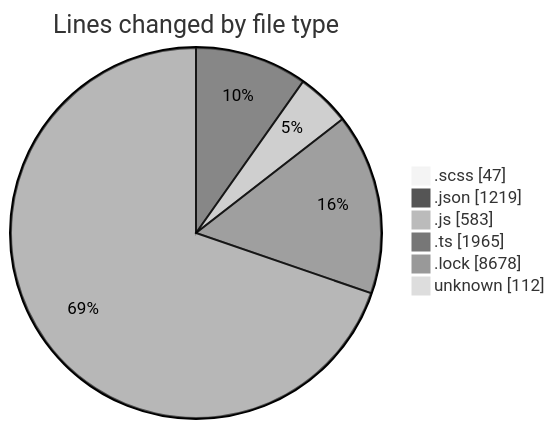
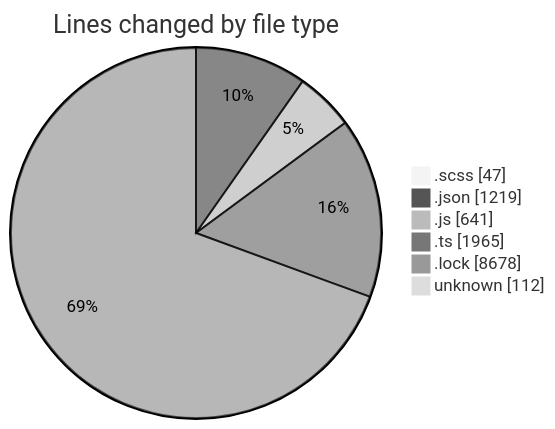
The first of 2 diagrams in 2026-04-21/cda/README.md (momahboobian/code-tracking), drawn with Mermaid (neutral theme) before and after one commit. The commit also changed other lines of this file and 1 other file, not shown here.

````diff
--- a/2026-04-21/cda/README.md
+++ b/2026-04-21/cda/README.md
@@ -44,10 +45,10 @@
 ```mermaid
 pie showData
 title Lines changed by file type
 ".scss" : 47
 ".json" : 1219
-".js" : 583
+".js" : 641
 ".ts" : 1965
 ".lock" : 8678
 "unknown" : 112
 ```
````
